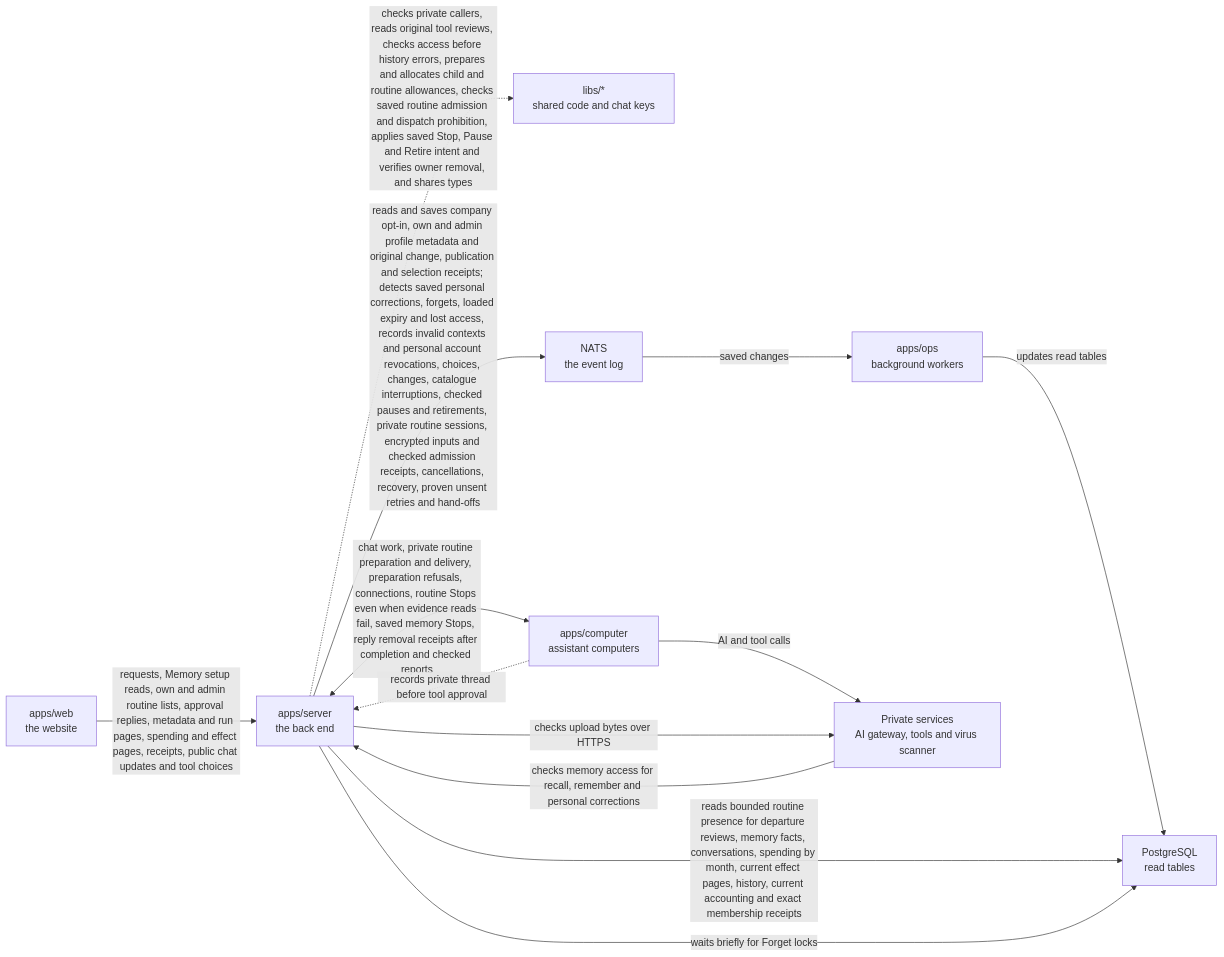
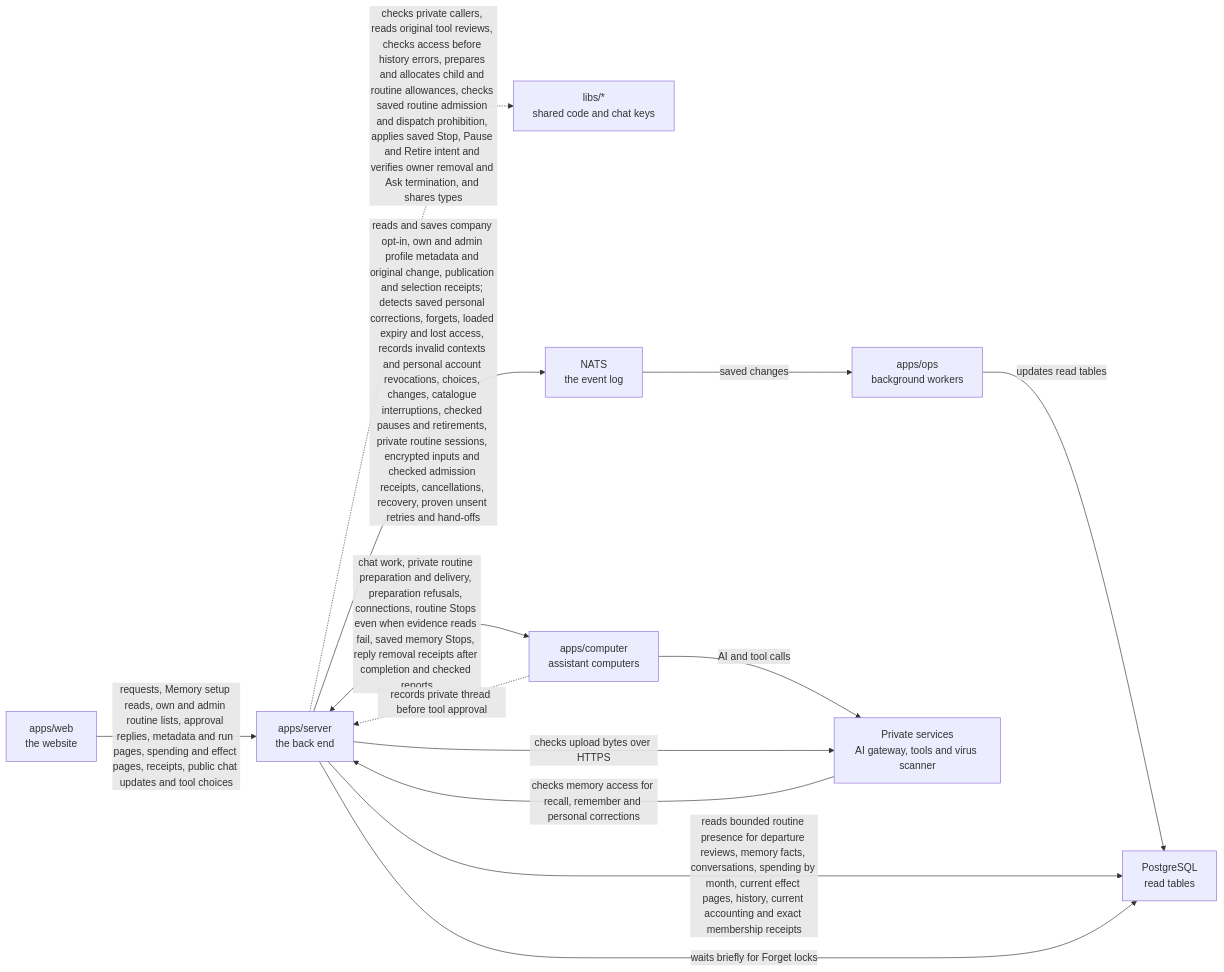
The diagram in apps/server/README.md (elewa-git/opencrane-new), drawn with Mermaid before and after one commit. The commit also changed other lines of this file and 16 other files, not shown here.

First line of the commit message:
🛑 A denied or expired Ask stops exactly the routine that asked, even after an unsent tool use (#806)

````diff
--- a/apps/server/README.md
+++ b/apps/server/README.md
@@ -140,15 +143,15 @@
 ```mermaid
 flowchart LR
   web["apps/web<br/>the website"] -->|requests, Memory setup reads, own and admin routine lists, approval replies, metadata and run pages, spending and effect pages, receipts, public chat updates and tool choices| server["apps/server<br/>the back end"]
-  server -.->|checks private callers, reads original tool reviews, checks access before history errors, prepares and allocates child and routine allowances, checks saved routine admission and dispatch prohibition, applies saved Stop, Pause and Retire intent and verifies owner removal, and shares types| libs["libs/*<br/>shared code and chat keys"]
+  server -.->|checks private callers, reads original tool reviews, checks access before history errors, prepares and allocates child and routine allowances, checks saved routine admission and dispatch prohibition, applies saved Stop, Pause and Retire intent and verifies owner removal and Ask termination, and shares types| libs["libs/*<br/>shared code and chat keys"]
   server -->|reads and saves company opt-in, own and admin profile metadata and original change, publication and selection receipts; detects saved personal corrections, forgets, loaded expiry and lost access, records invalid contexts and personal account revocations, choices, changes, catalogue interruptions, checked pauses and retirements, private routine sessions, encrypted inputs and checked admission receipts, cancellations, recovery, proven unsent retries and hand-offs| nats["NATS<br/>the event log"]
   nats -->|saved changes| ops["apps/ops<br/>background workers"]
   ops -->|updates read tables| postgres["PostgreSQL<br/>read tables"]
   server -->|reads bounded routine presence for departure reviews, memory facts, conversations, spending by month, current effect pages, history, current accounting and exact membership receipts| postgres
   server -->|waits briefly for Forget locks| postgres
   server <-->|chat work, private routine preparation and delivery, preparation refusals, connections, routine Stops even when evidence reads fail, saved memory Stops, reply removal receipts after completion and checked reports| computer["apps/computer<br/>assistant computers"]
   computer -.->|records private thread before tool approval| server
   computer -->|AI and tool calls| runtime["Private services<br/>AI gateway, tools and virus scanner"]
   server -->|checks upload bytes over HTTPS| runtime
   runtime -->|checks memory access for recall, remember and personal corrections| server
 ```
````
